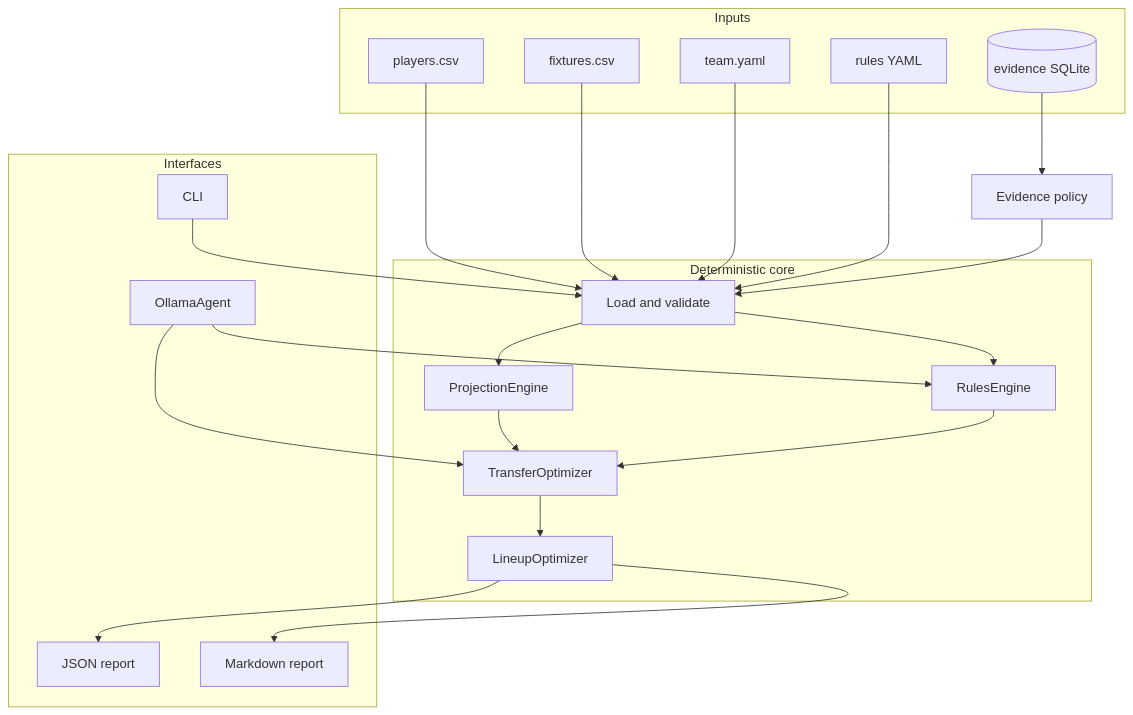
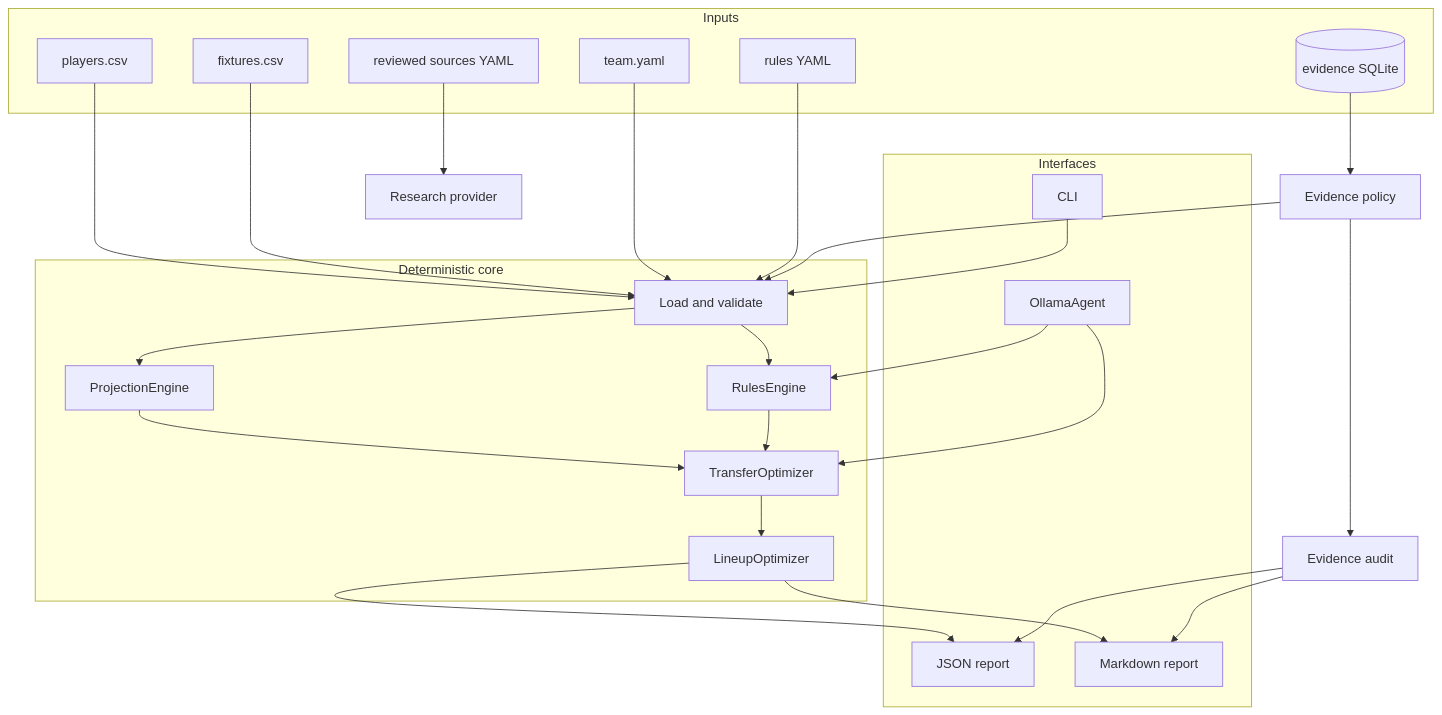
Before and after one commit to Dipeshtripathi13/FPL_Agent: the first of 2 diagrams in docs/02-architecture.md, drawn with Mermaid. The commit also changed other lines of this file and 27 other files, not shown here.

````diff
--- a/docs/02-architecture.md
+++ b/docs/02-architecture.md
@@ -5,39 +5,44 @@
 ```mermaid
 flowchart TB
     subgraph Inputs
       P[players.csv]
       F[fixtures.csv]
       T[team.yaml]
       Y[rules YAML]
       E[(evidence SQLite)]
+      S[reviewed sources YAML]
     end
     subgraph Deterministic core
       L[Load and validate]
       R[RulesEngine]
       X[ProjectionEngine]
       O[TransferOptimizer]
       U[LineupOptimizer]
     end
     subgraph Interfaces
       C[CLI]
       J[JSON report]
       MD[Markdown report]
       A[OllamaAgent]
     end
     P --> L
     F --> L
     T --> L
     Y --> L
     E --> V[Evidence policy]
+    S --> Q[Research provider]
     V --> L
     L --> R
     L --> X
     X --> O
     R --> O
     O --> U
     U --> J
     U --> MD
+    V --> AU[Evidence audit]
+    AU --> J
+    AU --> MD
     C --> L
     A --> R
     A --> O
 ```
````
